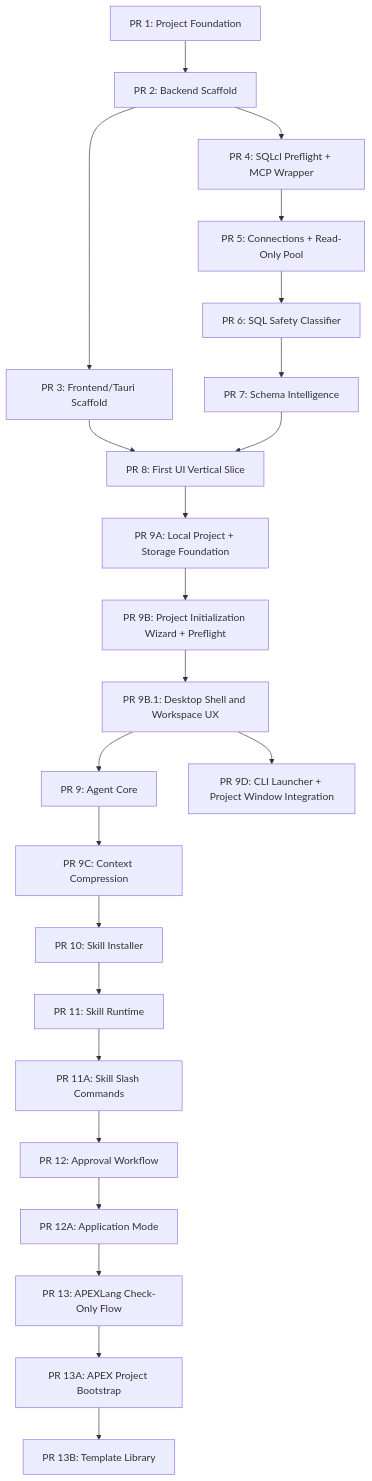
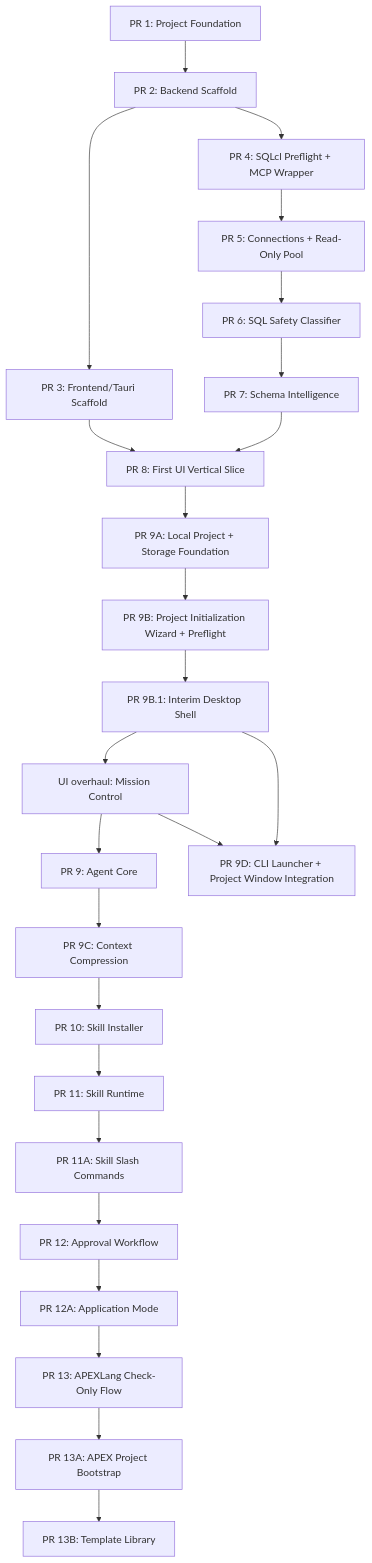
The diagram in docs/design/Apex Pilot PR Roadmap.md (xamdxlonewolf/apex_pilot), drawn with Mermaid before and after one commit. The commit also changed other lines of this file and 7 other files, not shown here.

First line of the commit message:
Align ADRs and design docs with Design Spec Mission Control shell.

````diff
--- a/docs/design/Apex Pilot PR Roadmap.md
+++ b/docs/design/Apex Pilot PR Roadmap.md
@@ -18,25 +21,27 @@
 ```mermaid
 flowchart TD
   A[PR 1: Project Foundation] --> B[PR 2: Backend Scaffold]
   B --> C[PR 3: Frontend/Tauri Scaffold]
   B --> D[PR 4: SQLcl Preflight + MCP Wrapper]
   D --> E[PR 5: Connections + Read-Only Pool]
   E --> F[PR 6: SQL Safety Classifier]
   F --> G[PR 7: Schema Intelligence]
   C --> H[PR 8: First UI Vertical Slice]
   G --> H
   H --> N[PR 9A: Local Project + Storage Foundation]
   N --> O[PR 9B: Project Initialization Wizard + Preflight]
-  O --> V[PR 9B.1: Desktop Shell and Workspace UX]
-  V --> I[PR 9: Agent Core]
+  O --> V[PR 9B.1: Interim Desktop Shell]
+  V --> W[UI overhaul: Mission Control]
+  W --> I[PR 9: Agent Core]
   V --> U[PR 9D: CLI Launcher + Project Window Integration]
+  W --> U
   I --> P[PR 9C: Context Compression]
   P --> J[PR 10: Skill Installer]
   J --> K[PR 11: Skill Runtime]
   K --> Q[PR 11A: Skill Slash Commands]
   Q --> L[PR 12: Approval Workflow]
   L --> R[PR 12A: Application Mode]
   R --> M[PR 13: APEXLang Check-Only Flow]
   M --> S[PR 13A: APEX Project Bootstrap]
   S --> T[PR 13B: Template Library]
 ```
````
